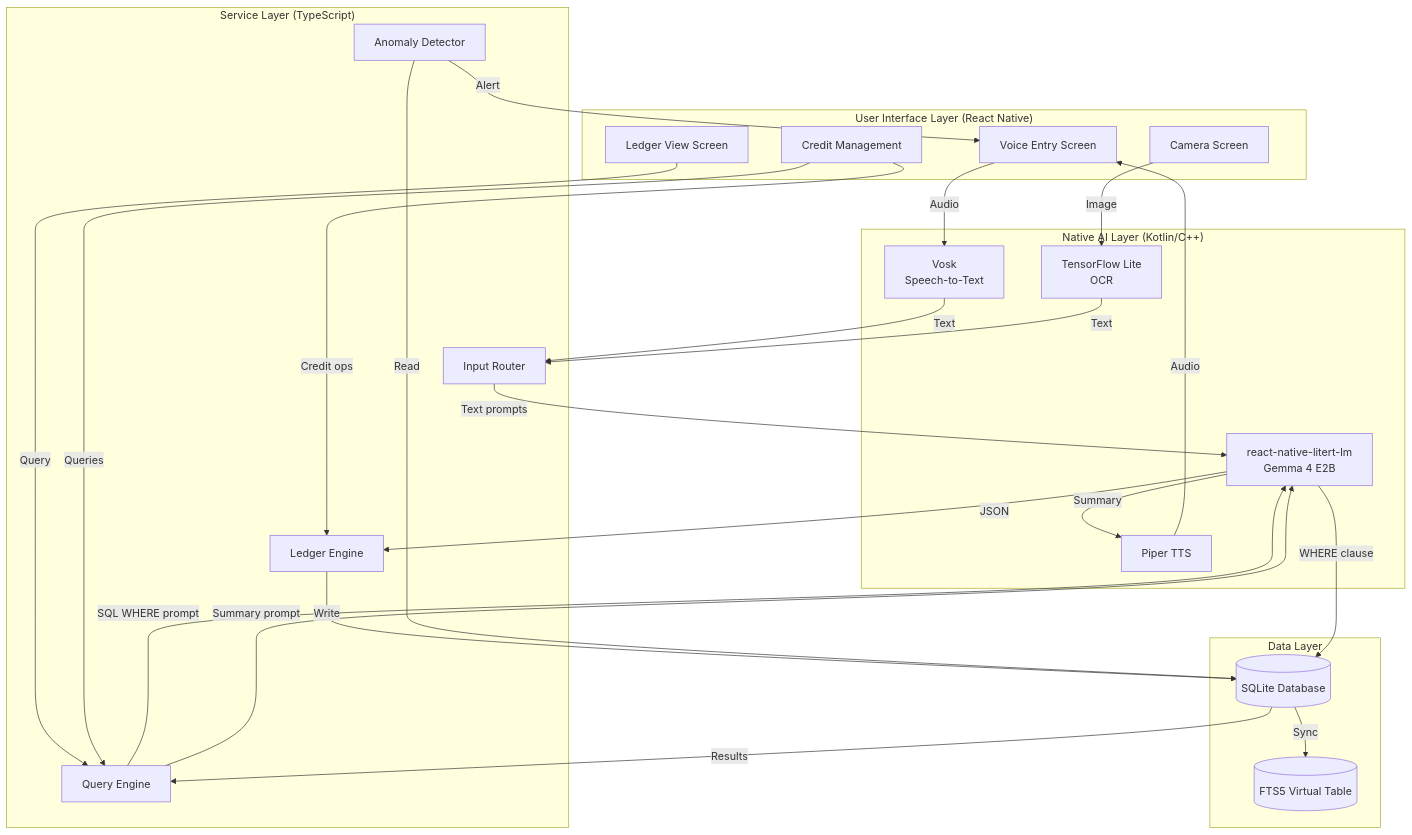
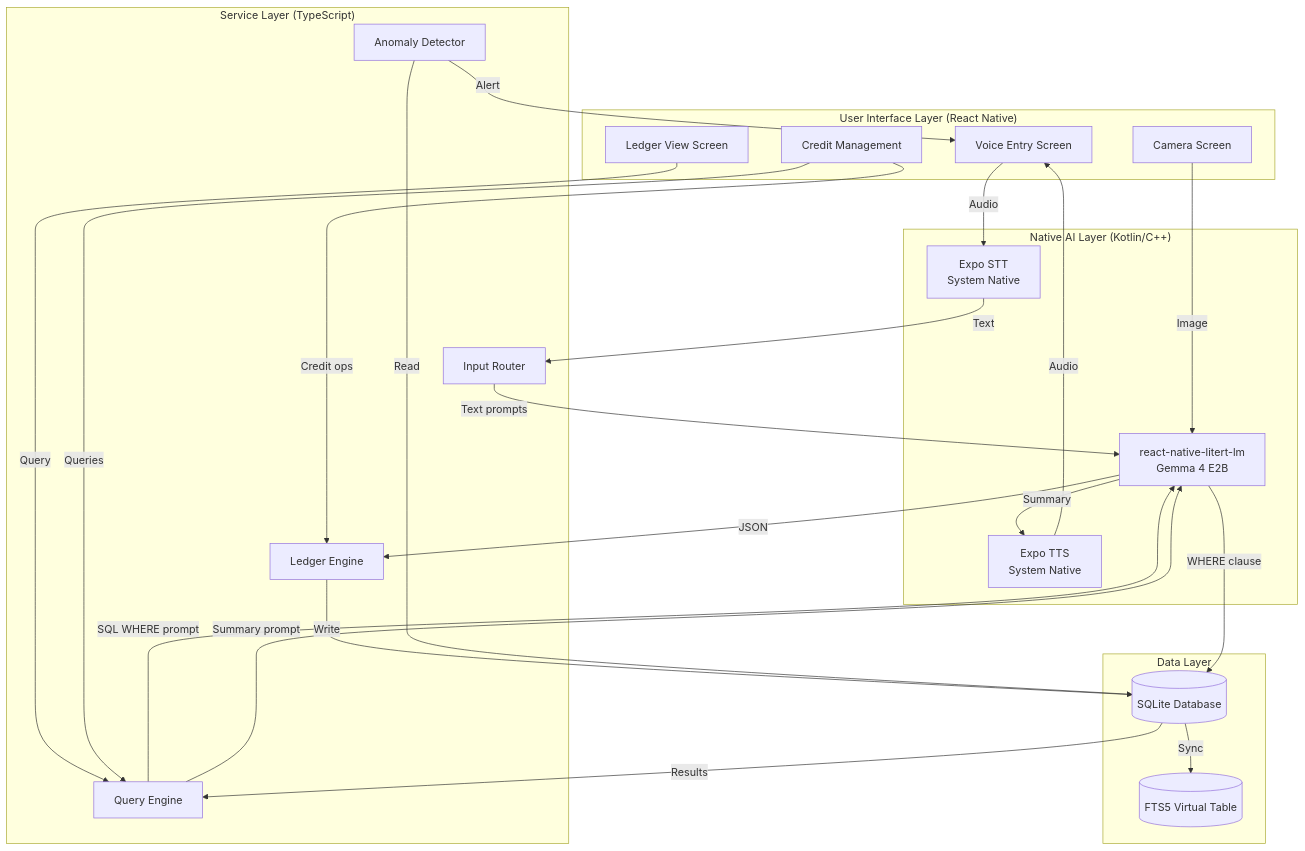
One commit to relativity-codes/Ledger changed the tenth of 10 diagrams in project-docs/ledger-aI-workflow-mermaid-diagrams.md. Above: the diagram before and after it, drawn with Mermaid. The commit also changed other lines of this file and 4 other files, not shown here.

````diff
--- a/project-docs/ledger-aI-workflow-mermaid-diagrams.md
+++ b/project-docs/ledger-aI-workflow-mermaid-diagrams.md
@@ -425,63 +421,59 @@
 ```mermaid
 flowchart TD
 
     subgraph UI["User Interface Layer (React Native)"]
         VoiceScreen[Voice Entry Screen]
         CameraScreen[Camera Screen]
         LedgerScreen[Ledger View Screen]
         CreditScreen[Credit Management]
     end
 
     subgraph Services["Service Layer (TypeScript)"]
         InputRouter[Input Router]
         LedgerEngine[Ledger Engine]
         QueryEngine[Query Engine]
         AnomalyDetector[Anomaly Detector]
     end
 
     subgraph Native["Native AI Layer (Kotlin/C++)"]
         LiteRTLM["react-native-litert-lm<br/>Gemma 4 E2B"]
 
-        Vosk["Vosk<br/>Speech-to-Text"]
+        ExpoSTT["Expo STT<br/>System Native"]
 
-        TFLite["TensorFlow Lite<br/>OCR"]
-
-        Piper[Piper TTS]
+        ExpoTTS["Expo TTS<br/>System Native"]
     end
 
     subgraph Data["Data Layer"]
         SQLite[(SQLite Database)]
         FTS5[(FTS5 Virtual Table)]
     end
 
-    VoiceScreen -->|Audio| Vosk
-    Vosk -->|Text| InputRouter
+    VoiceScreen -->|Audio| ExpoSTT
+    ExpoSTT -->|Text| InputRouter
 
-    CameraScreen -->|Image| TFLite
-    TFLite -->|Text| InputRouter
-
+    CameraScreen -->|Image| LiteRTLM
     InputRouter -->|Text prompts| LiteRTLM
     LiteRTLM -->|JSON| LedgerEngine
 
     LedgerEngine -->|Write| SQLite
     SQLite -->|Sync| FTS5
 
     LedgerScreen -->|Query| QueryEngine
 
     CreditScreen -->|Credit ops| LedgerEngine
     CreditScreen -->|Queries| QueryEngine
 
     QueryEngine -->|SQL WHERE prompt| LiteRTLM
     LiteRTLM -->|WHERE clause| SQLite
 
     SQLite -->|Results| QueryEngine
 
     QueryEngine -->|Summary prompt| LiteRTLM
 
-    LiteRTLM -->|Summary| Piper
+    LiteRTLM -->|Summary| ExpoTTS
 
     AnomalyDetector -->|Read| SQLite
     AnomalyDetector -->|Alert| VoiceScreen
 
-    Piper -->|Audio| VoiceScreen
+    ExpoTTS -->|Audio| VoiceScreen
 ```
````
